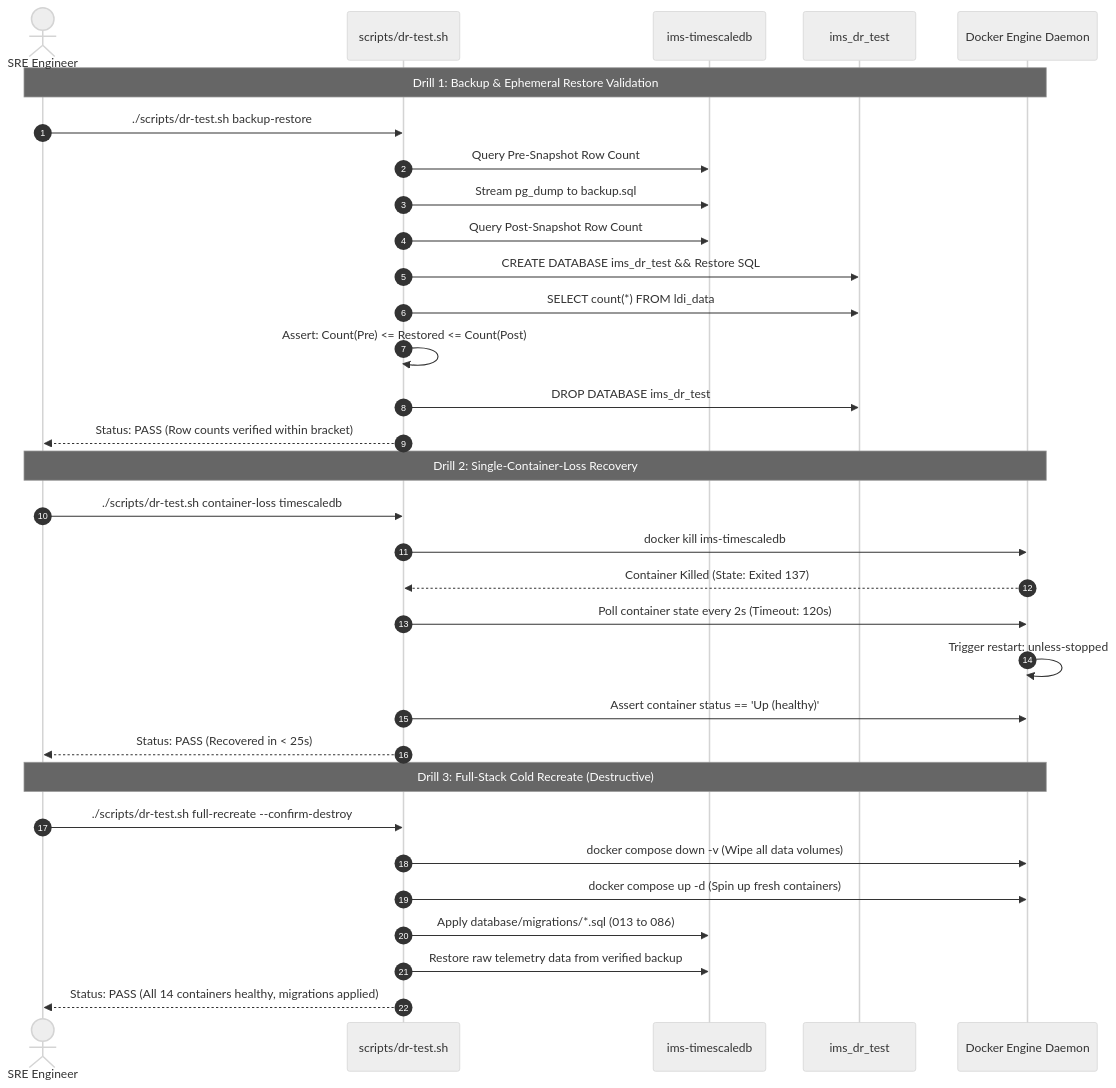
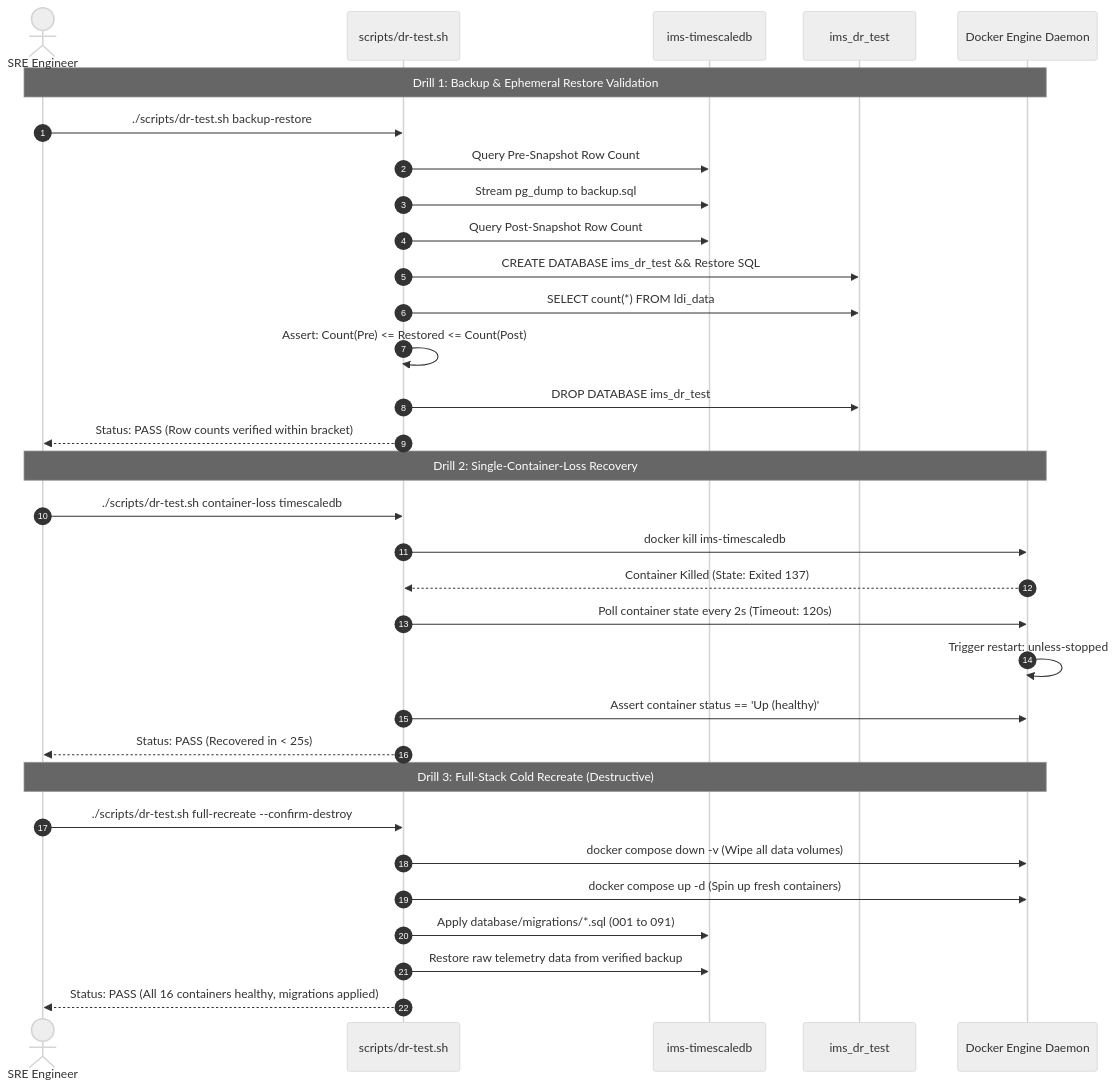
Before and after one commit to PATTANAKORN025/IMS: the diagram in docs/operations/DR_TEST_PLAN.md, drawn with Mermaid (neutral theme). The commit also changed 50 other files, not shown here.

First line of the commit message:
docs: align architecture facts, topologies, and tri-language mirrors

````diff
--- a/docs/operations/DR_TEST_PLAN.md
+++ b/docs/operations/DR_TEST_PLAN.md
@@ -28,37 +28,37 @@
 ```mermaid
 sequenceDiagram
   autonumber
   actor SRE as SRE Engineer
   participant Script as scripts/dr-test.sh
   participant DB as ims-timescaledb
   participant TestDB as ims_dr_test
   participant Docker as Docker Engine Daemon
 
   Note over SRE,Docker: Drill 1: Backup & Ephemeral Restore Validation
   SRE->>Script: ./scripts/dr-test.sh backup-restore
   Script->>DB: Query Pre-Snapshot Row Count
   Script->>DB: Stream pg_dump to backup.sql
   Script->>DB: Query Post-Snapshot Row Count
   Script->>TestDB: CREATE DATABASE ims_dr_test && Restore SQL
   Script->>TestDB: SELECT count(*) FROM ldi_data
   Script->>Script: Assert: Count(Pre) <= Restored <= Count(Post)
   Script->>TestDB: DROP DATABASE ims_dr_test
   Script-->>SRE: Status: PASS (Row counts verified within bracket)
 
   Note over SRE,Docker: Drill 2: Single-Container-Loss Recovery
   SRE->>Script: ./scripts/dr-test.sh container-loss timescaledb
   Script->>Docker: docker kill ims-timescaledb
   Docker-->>Script: Container Killed (State: Exited 137)
   Script->>Docker: Poll container state every 2s (Timeout: 120s)
   Docker->>Docker: Trigger restart: unless-stopped
   Script->>Docker: Assert container status == 'Up (healthy)'
   Script-->>SRE: Status: PASS (Recovered in < 25s)
 
   Note over SRE,Docker: Drill 3: Full-Stack Cold Recreate (Destructive)
   SRE->>Script: ./scripts/dr-test.sh full-recreate --confirm-destroy
   Script->>Docker: docker compose down -v (Wipe all data volumes)
   Script->>Docker: docker compose up -d (Spin up fresh containers)
-  Script->>DB: Apply database/migrations/*.sql (013 to 086)
+  Script->>DB: Apply database/migrations/*.sql (001 to 091)
   Script->>DB: Restore raw telemetry data from verified backup
-  Script-->>SRE: Status: PASS (All 14 containers healthy, migrations applied)
+  Script-->>SRE: Status: PASS (All 16 containers healthy, migrations applied)
 ```
````
